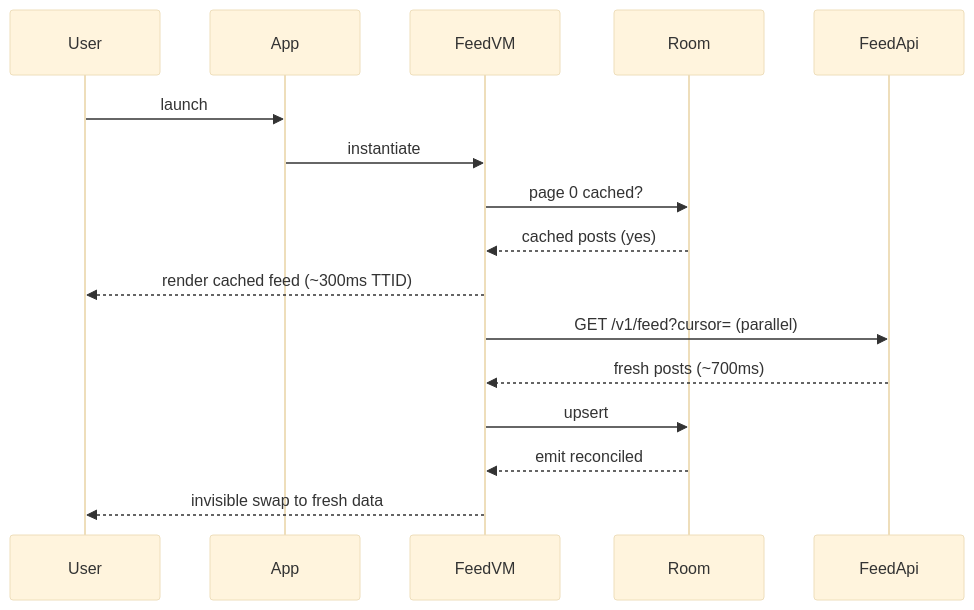
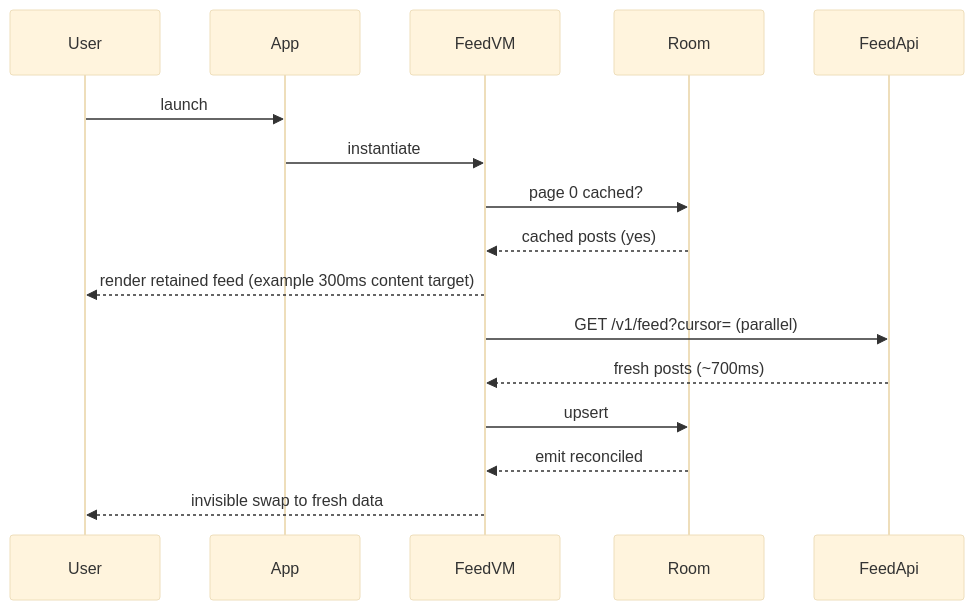
One commit to swarnsingh/android-staff-engineer-playbook-website changed the second of 4 diagrams in reference-architectures/social-media-app.md. Above: the diagram before and after it, drawn with Mermaid (base theme). The commit also changed other lines of this file and 37 other files, not shown here.

Commit message:
Add the reviewed Reference Architectures chapters to the website

````diff
--- a/reference-architectures/social-media-app.md
+++ b/reference-architectures/social-media-app.md
@@ -113,19 +117,19 @@
 ```mermaid
 sequenceDiagram
     participant User
     participant App
     participant FeedVM
     participant Room
     participant FeedApi
 
     User->>App: launch
     App->>FeedVM: instantiate
     FeedVM->>Room: page 0 cached?
     Room-->>FeedVM: cached posts (yes)
-    FeedVM-->>User: render cached feed (~300ms TTID)
+    FeedVM-->>User: render retained feed (example 300ms content target)
     FeedVM->>FeedApi: GET /v1/feed?cursor= (parallel)
     FeedApi-->>FeedVM: fresh posts (~700ms)
     FeedVM->>Room: upsert
     Room-->>FeedVM: emit reconciled
     FeedVM-->>User: invisible swap to fresh data
 ```
````
